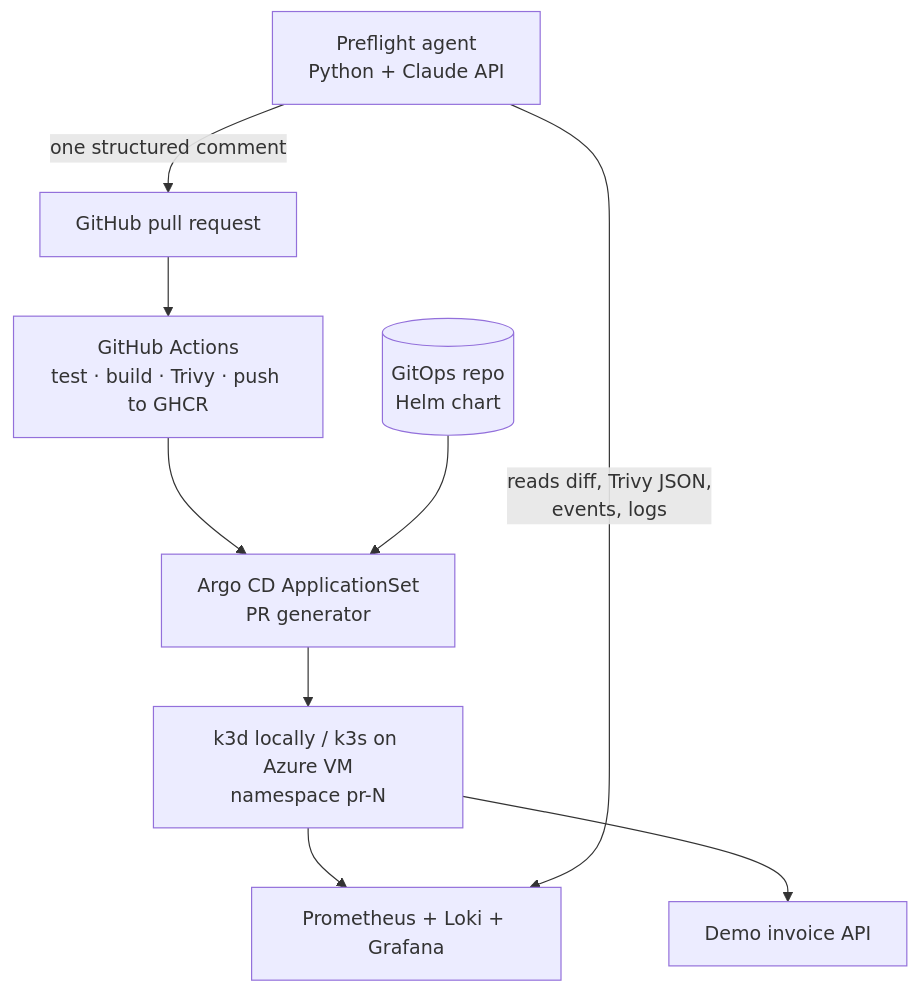
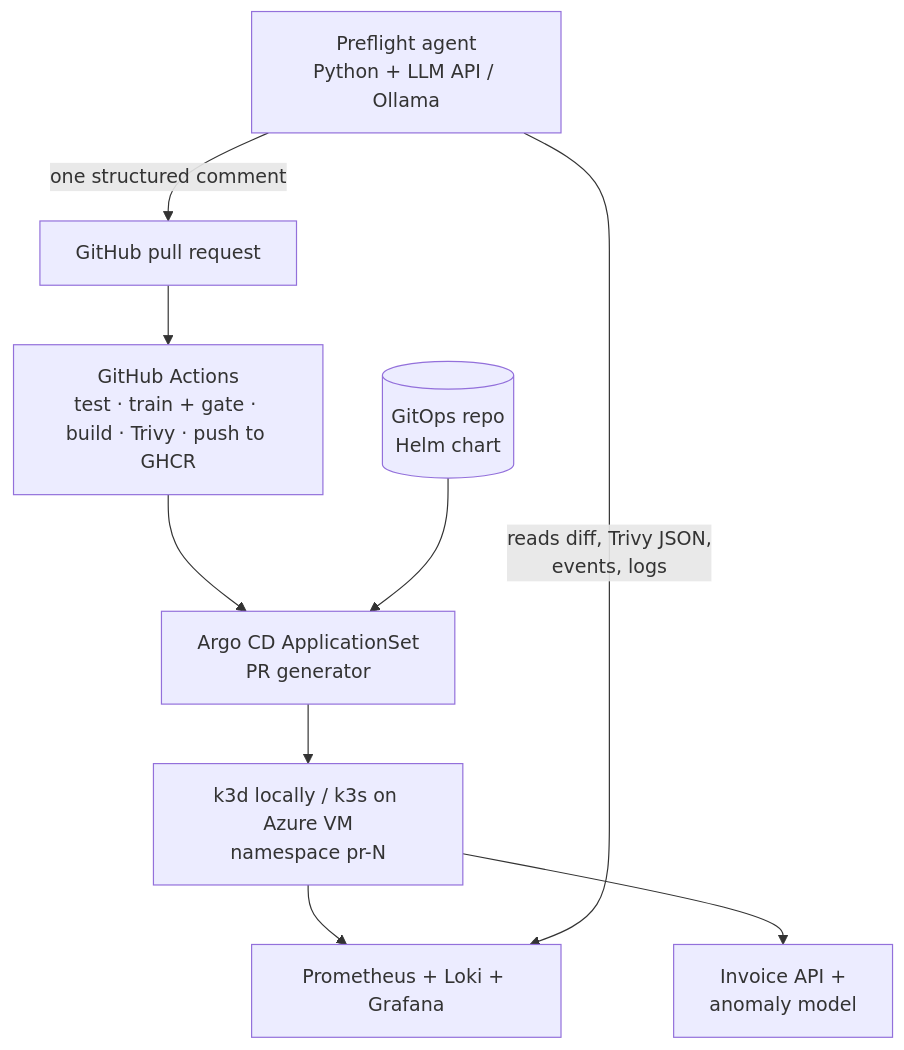
Before and after one commit to elyesmanai911/preflight: the diagram in README.md, drawn with Mermaid. The commit also changed other lines of this file, not shown here.

Commit message:
README: model lifecycle, 8-phase roadmap, updated scope

````diff
--- a/README.md
+++ b/README.md
@@ -31,11 +34,11 @@
 ```mermaid
 flowchart TD
-    PR[GitHub pull request] --> CI[GitHub Actions<br/>test · build · Trivy · push to GHCR]
+    PR[GitHub pull request] --> CI[GitHub Actions<br/>test · train + gate · build · Trivy · push to GHCR]
     CI --> ARGO[Argo CD ApplicationSet<br/>PR generator]
     GITOPS[(GitOps repo<br/>Helm chart)] --> ARGO
     ARGO --> K8S[k3d locally / k3s on Azure VM<br/>namespace pr-N]
-    K8S --> APP[Demo invoice API]
+    K8S --> APP[Invoice API +<br/>anomaly model]
     K8S --> OBS[Prometheus + Loki + Grafana]
-    AGENT[Preflight agent<br/>Python + Claude API] -->|reads diff, Trivy JSON,<br/>events, logs| OBS
+    AGENT[Preflight agent<br/>Python + LLM API / Ollama] -->|reads diff, Trivy JSON,<br/>events, logs| OBS
     AGENT -->|one structured comment| PR
 ```
````
